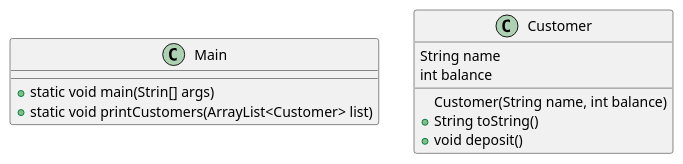
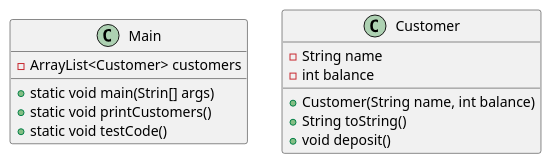
One commit to afstengaard/Files changed the diagram in Doc/classdiagram.puml. Above: the diagram before and after it, drawn with PlantUML. The commit also changed 3 other files, not shown here.

```diff
--- a/Doc/classdiagram.puml
+++ b/Doc/classdiagram.puml
@@ -1,24 +1,26 @@
 @startuml
 'https://plantuml.com/class-diagram
 
 class Main
 
 class Customer
 
 
 
 
 class Main{
+-ArrayList<Customer> customers
 + static void main(Strin[] args)
-+ static void printCustomers(ArrayList<Customer> list)
++ static void printCustomers()
++ static void testCode()
 }
 class Customer{
-String name
-int balance
-Customer(String name, int balance)
+- String name
+- int balance
++ Customer(String name, int balance)
 + String toString()
 + void deposit()
 }
 
 
 @enduml
```
